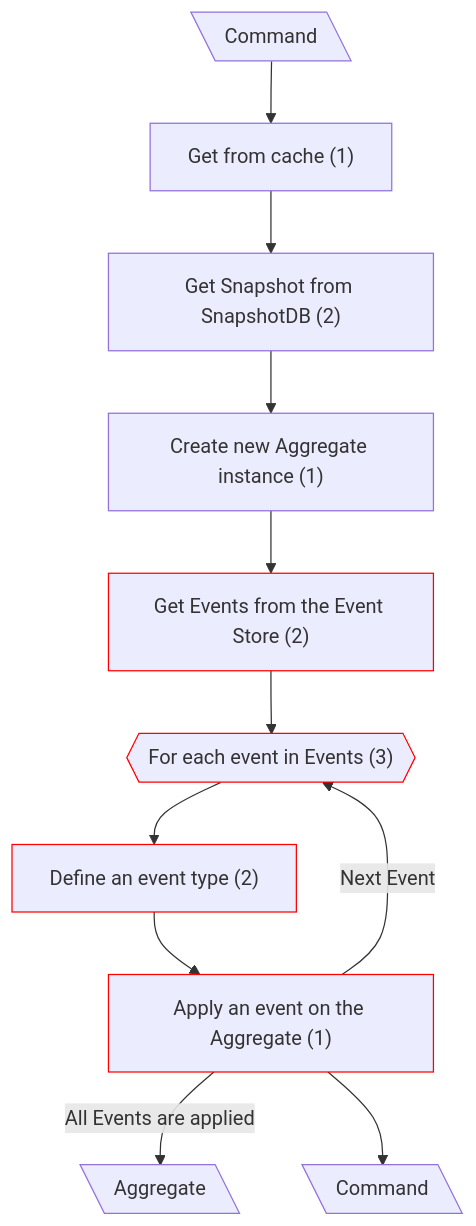
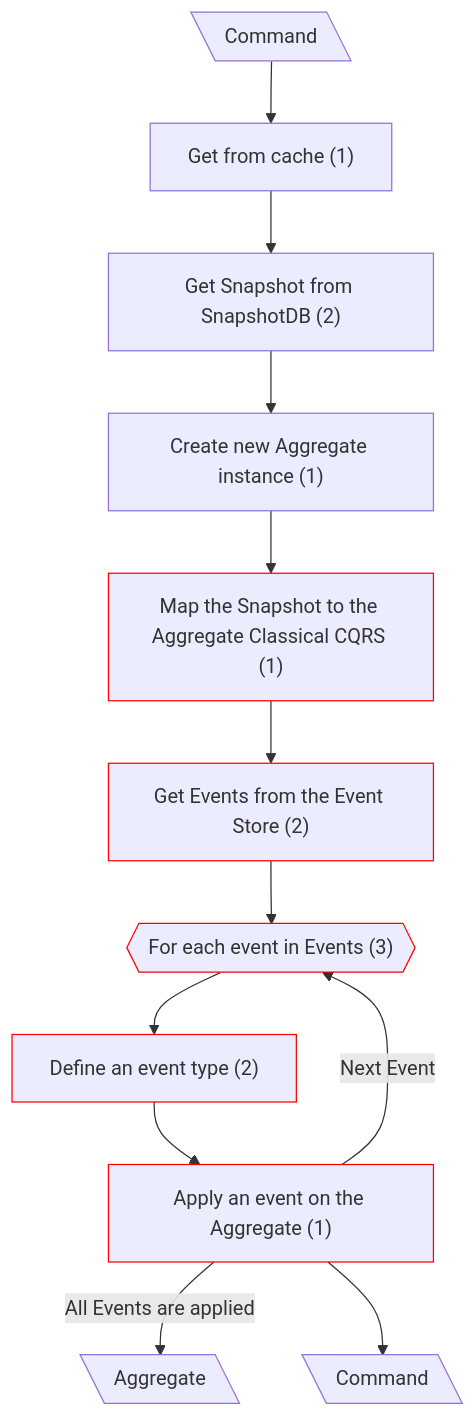
The first of 4 diagrams in docs/CF Complexity/Classical CQRS -> mCQRS/update.md (dmitryhruzin/CQRS-variations-test), drawn with Mermaid before and after one commit. The commit also changed other lines of this file and 5 other files, not shown here.

Commit message:
docs: update classical CQRS update flow

````diff
--- a/docs/CF Complexity/Classical CQRS -> mCQRS/update.md
+++ b/docs/CF Complexity/Classical CQRS -> mCQRS/update.md
@@ -5,15 +5,16 @@
 ```mermaid
 flowchart TD
   classDef mod stroke:#f00
   A@{ shape: lean-l, label: "Command" }
   A --> B["Get from cache (1)"]
   B --> C["Get Snapshot from SnapshotDB (2)"]
   C --> D["Create new Aggregate instance (1)"]
-  D --> E["Get Events from the Event Store (2)"]:::mod
+  D --> D2["Map the Snapshot to the Aggregate Classical CQRS (1)"]:::mod
+  D2 --> E["Get Events from the Event Store (2)"]:::mod
   E --> F{{"For each event in Events (3)"}}:::mod
   F --> G["Define an event type (2)"]:::mod
   G --> H["Apply an event on the Aggregate (1)"]:::mod
   H --"Next Event"--> F
   H --"All Events are applied"--> I@{ shape: lean-l, label: "Aggregate" }
   H --> J@{ shape: lean-l, label: "Command" }
 ```
````
